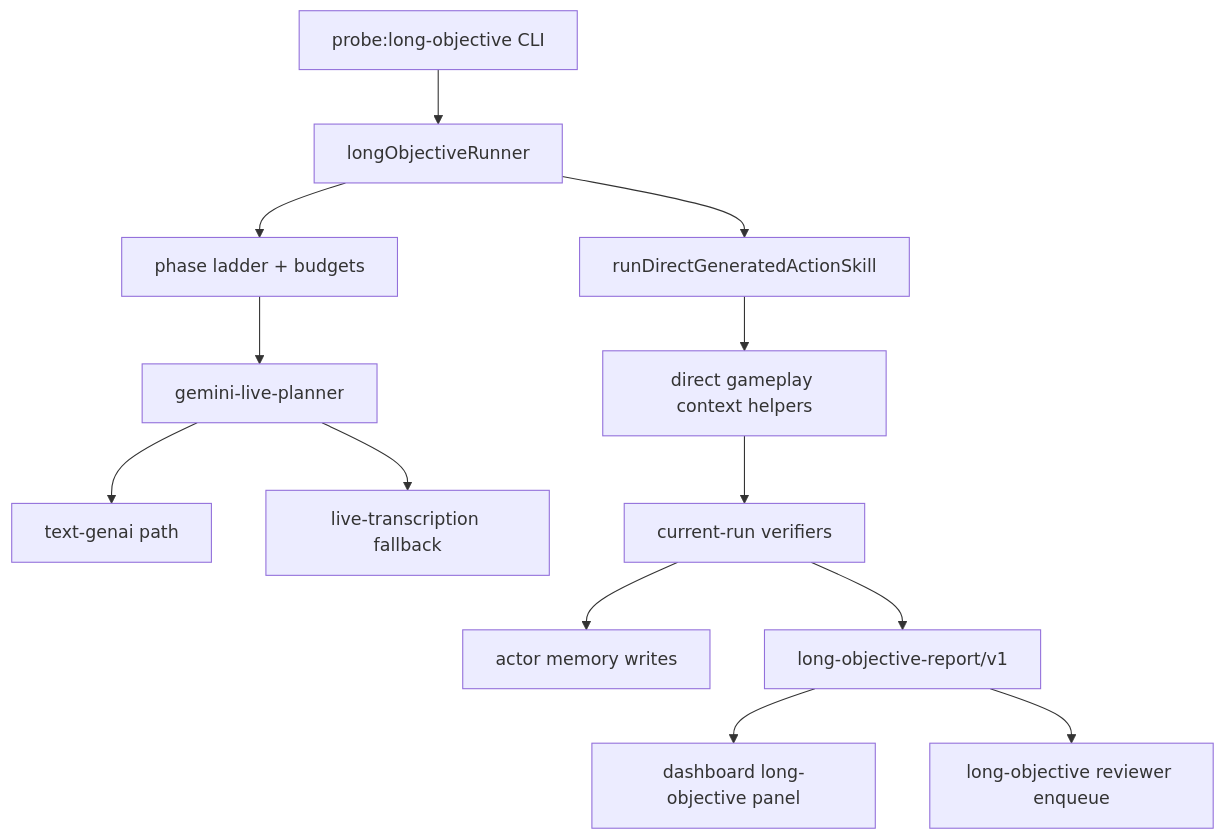
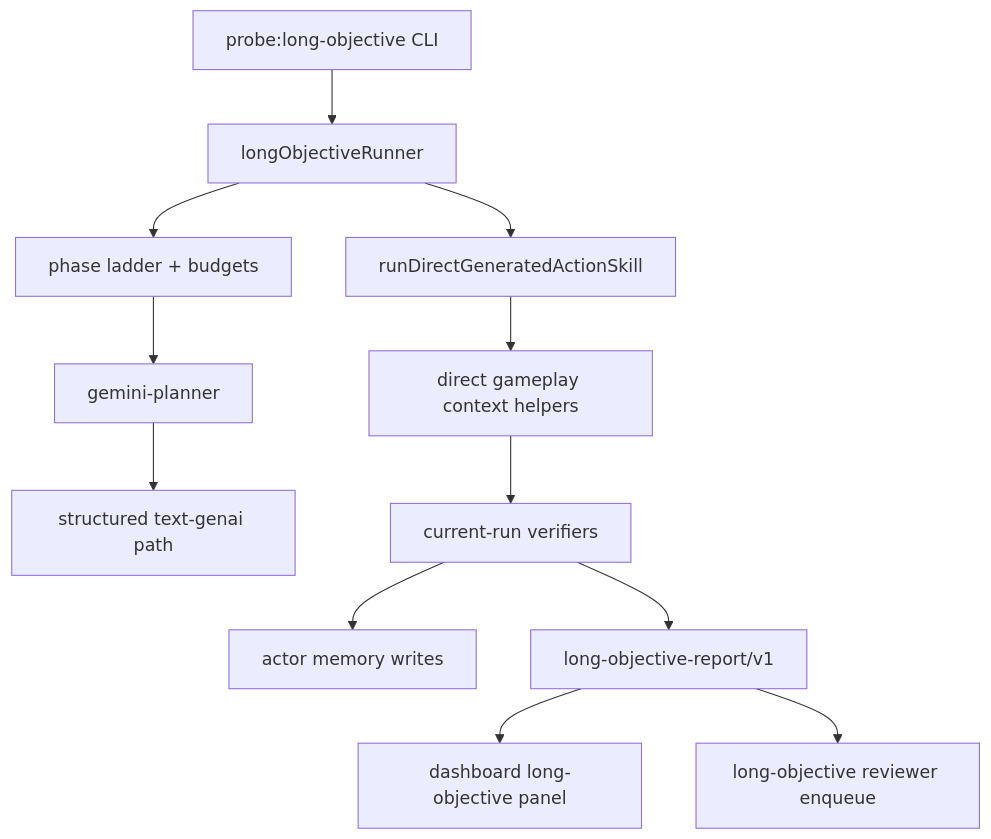
One commit to gigio1023/minecraft-llm-agent-community changed the diagram in docs/blog-doc/Architecture/composer-2.5-Single-Actor-Long-Term-Diamond-Plan.md. Above: the diagram before and after it, drawn with Mermaid. The commit also changed other lines of this file and 60 other files, not shown here.

````diff
--- a/docs/blog-doc/Architecture/composer-2.5-Single-Actor-Long-Term-Diamond-Plan.md
+++ b/docs/blog-doc/Architecture/composer-2.5-Single-Actor-Long-Term-Diamond-Plan.md
@@ -36,15 +36,14 @@
 ```mermaid
 flowchart TB
   CLI[probe:long-objective CLI] --> Runner[longObjectiveRunner]
   Runner --> Ladder[phase ladder + budgets]
-  Ladder --> Planner[gemini-live-planner]
-  Planner --> Text[text-genai path]
-  Planner --> Live[live-transcription fallback]
+  Ladder --> Planner[gemini-planner]
+  Planner --> Text["structured text-genai path"]
   Runner --> Exec[runDirectGeneratedActionSkill]
   Exec --> Ctx[direct gameplay context helpers]
   Ctx --> Verify[current-run verifiers]
   Verify --> Memory[actor memory writes]
   Verify --> Report[long-objective-report/v1]
   Report --> Dash[dashboard long-objective panel]
   Report --> Review[long-objective reviewer enqueue]
 ```
````
